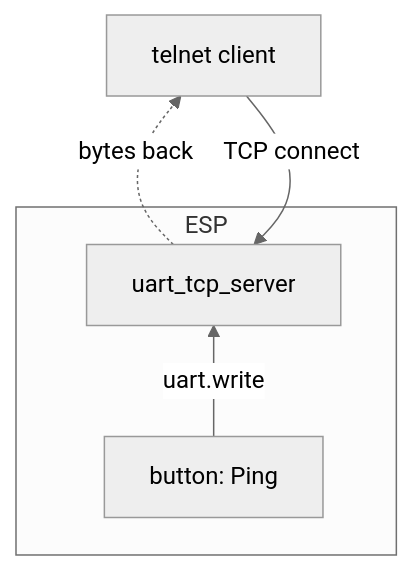
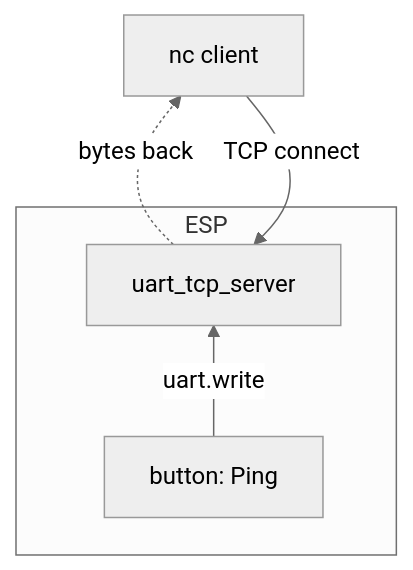
Before and after one commit to nebulous/esphome-uart-link: the fifth of 6 diagrams in README.md, drawn with Mermaid (neutral theme). The commit also changed other lines of this file, not shown here.

````diff
--- a/README.md
+++ b/README.md
@@ -190,8 +190,8 @@
 ```mermaid
 flowchart BT
     subgraph ESP
         BTN["button: Ping"] -->|"uart.write"| S[uart_tcp_server]
     end
-    R["telnet client"] -->|"TCP connect"| S
+    R["nc client"] -->|"TCP connect"| S
     S -.->|"bytes back"| R
 ```
````
